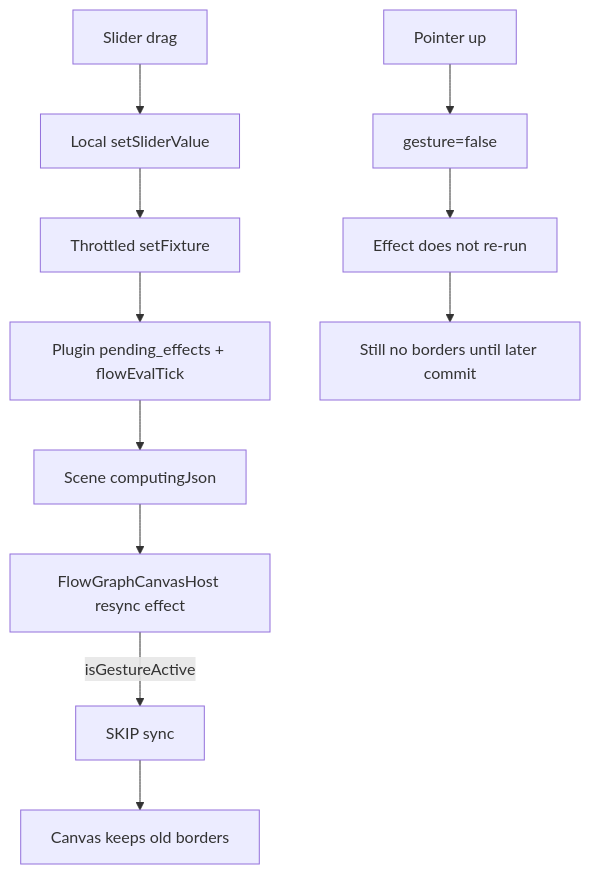
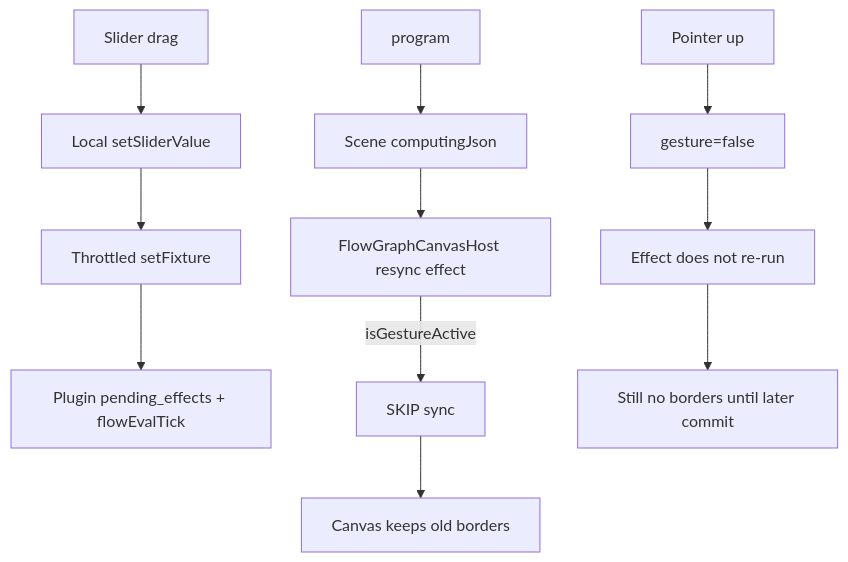
One commit to usalu/semio changed the diagram in .cursor/plans/flow_invalidation_borders_557d4b3f.plan.md. Above: the diagram before and after it, drawn with Mermaid. The commit also changed other lines of this file and 1361 other files, not shown here.

````diff
--- a/.cursor/plans/flow_invalidation_borders_557d4b3f.plan.md
+++ b/.cursor/plans/flow_invalidation_borders_557d4b3f.plan.md
@@ -37,13 +37,13 @@
 ```mermaid
 flowchart TD
   slider[Slider drag] --> local[Local setSliderValue]
   local --> commit[Throttled setFixture]
   commit --> plugin[Plugin pending_effects + flowEvalTick]
-  plugin --> scene["Scene computingJson"]
+  program --> scene["Scene computingJson"]
   scene --> resync[FlowGraphCanvasHost resync effect]
   resync -->|"isGestureActive"| skip[SKIP sync]
   skip --> noBorder[Canvas keeps old borders]
   pointerUp[Pointer up] --> clearGesture[gesture=false]
   clearGesture --> noRerun[Effect does not re-run]
   noRerun --> stillNoBorder[Still no borders until later commit]
 ```
````
